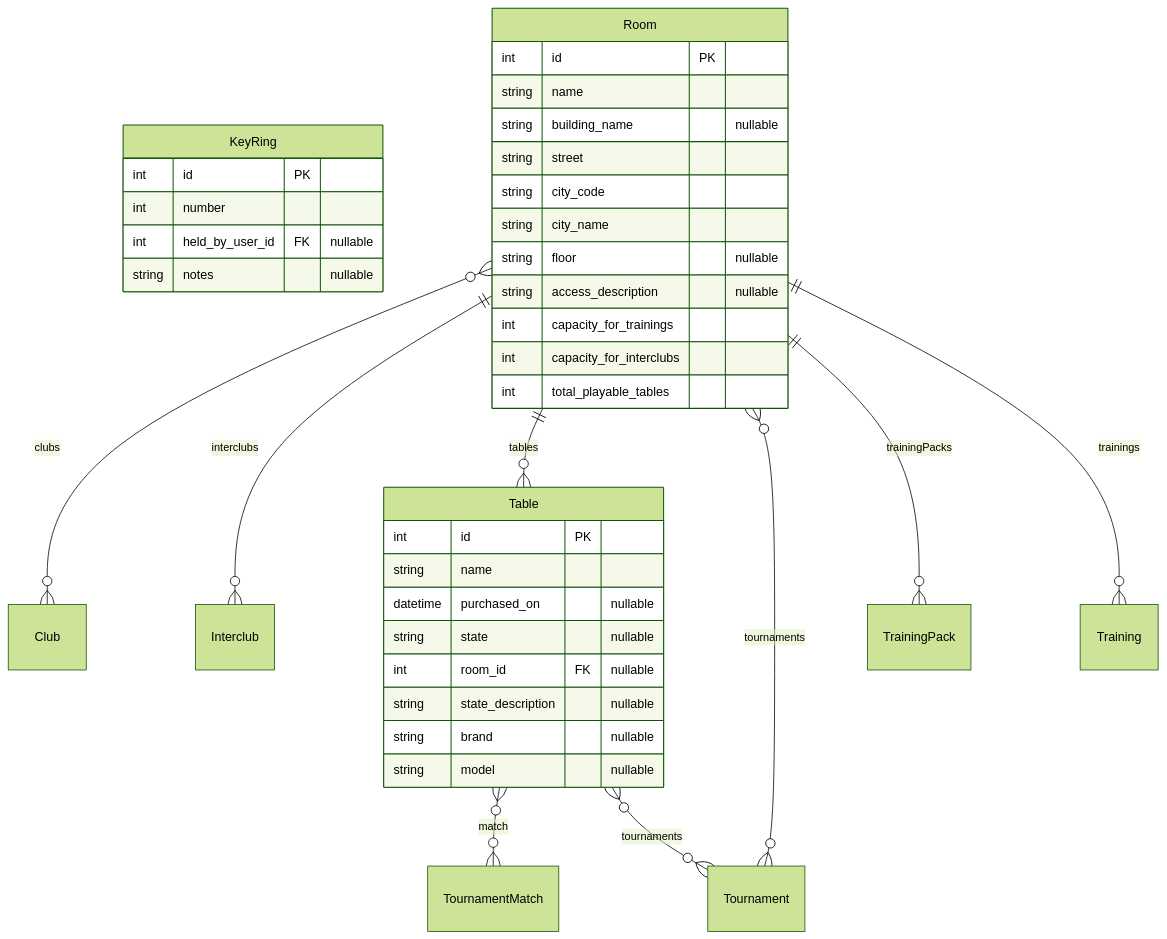
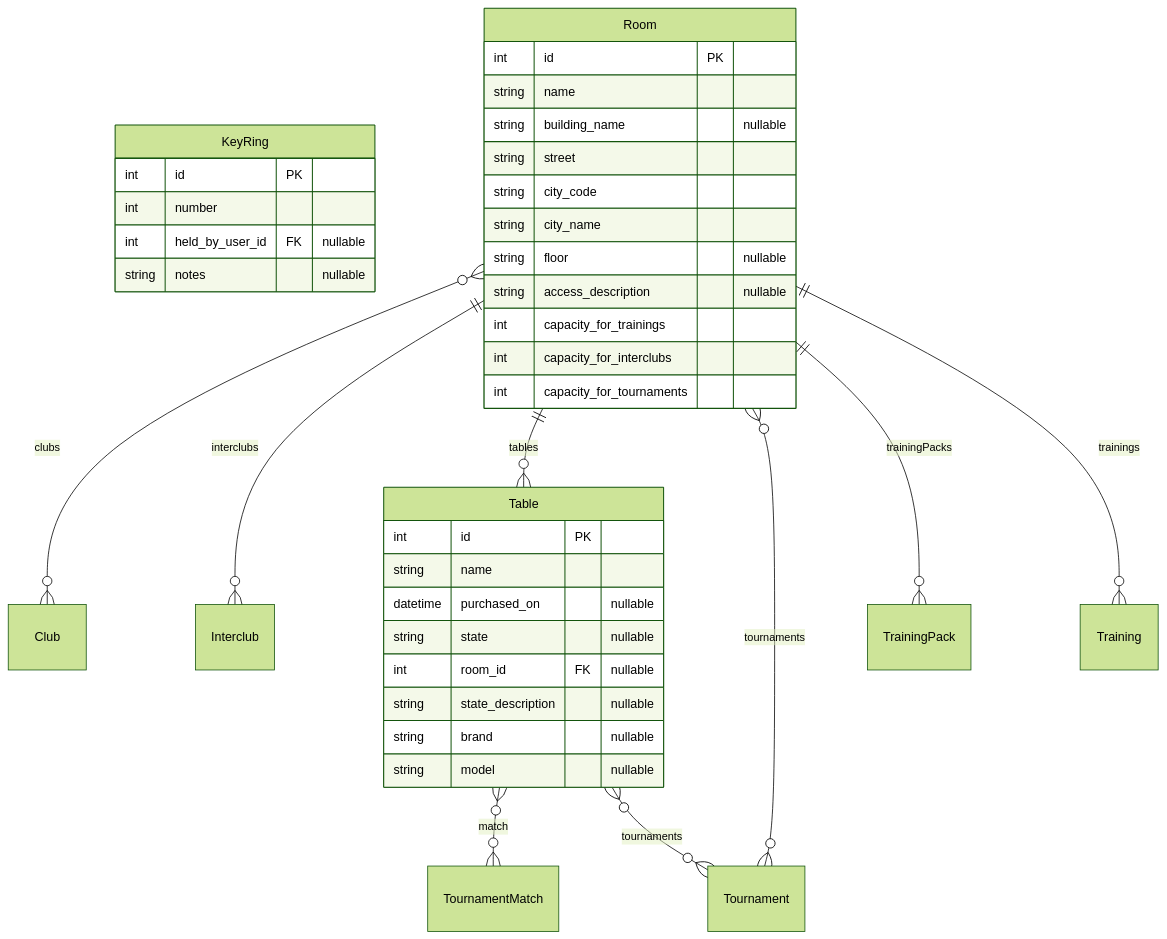
One commit to Paupoo/tabletennisclub-app changed the diagram in docs/erd/clubadmin-club.md. Above: the diagram before and after it, drawn with Mermaid (forest theme). The commit also changed 26 other files, not shown here.

````diff
--- a/docs/erd/clubadmin-club.md
+++ b/docs/erd/clubadmin-club.md
@@ -3,41 +3,41 @@
 ```mermaid
 erDiagram
     KeyRing {
         int id PK
         int number
         int held_by_user_id FK "nullable"
         string notes "nullable"
     }
     Room {
         int id PK
         string name
         string building_name "nullable"
         string street
         string city_code
         string city_name
         string floor "nullable"
         string access_description "nullable"
         int capacity_for_trainings
         int capacity_for_interclubs
-        int total_playable_tables
+        int capacity_for_tournaments
     }
     Table {
         int id PK
         string name
         datetime purchased_on "nullable"
         string state "nullable"
         int room_id FK "nullable"
         string state_description "nullable"
         string brand "nullable"
         string model "nullable"
     }
 
     Room }o--o{ Club : "clubs"
     Room ||--o{ Interclub : "interclubs"
     Room ||--o{ Table : "tables"
     Room }o--o{ Tournament : "tournaments"
     Room ||--o{ TrainingPack : "trainingPacks"
     Room ||--o{ Training : "trainings"
     Table }o--o{ TournamentMatch : "match"
     Table }o--o{ Tournament : "tournaments"
 ```
````
